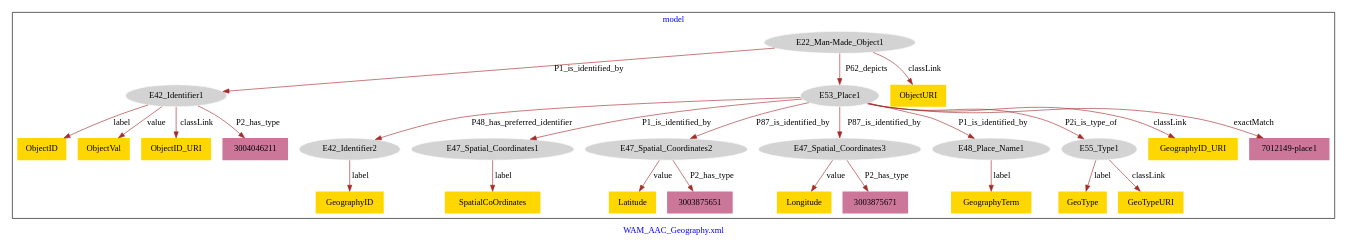
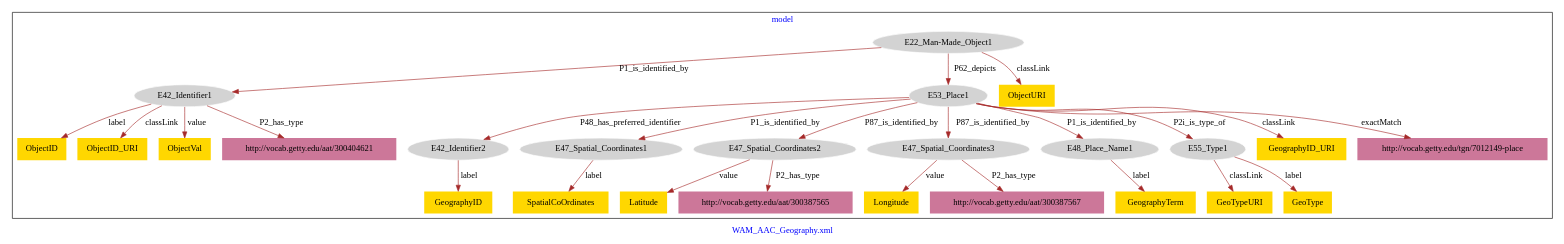
One commit to american-art/wam changed the diagram in WAM_AAC_Geography/WAM_AAC_Geography_PlaceDepicted-model.dot. Above: the diagram before and after it, drawn with Graphviz.

Commit message:
Update file WAM_AAC_Geography_PlaceDepicted-model.dot

```diff
--- a/WAM_AAC_Geography/WAM_AAC_Geography_PlaceDepicted-model.dot
+++ b/WAM_AAC_Geography/WAM_AAC_Geography_PlaceDepicted-model.dot
@@ -1,57 +1,57 @@
 digraph n0 {
 fontcolor="blue"
 remincross="true"
 label="WAM_AAC_Geography.xml"
 subgraph cluster {
 label="model"
 n2[style="filled",color="white",fillcolor="lightgray",label="E22_Man-Made_Object1"];
 n3[style="filled",color="white",fillcolor="lightgray",label="E42_Identifier1"];
 n4[style="filled",color="white",fillcolor="lightgray",label="E53_Place1"];
 n5[style="filled",color="white",fillcolor="lightgray",label="E42_Identifier2"];
 n6[style="filled",color="white",fillcolor="lightgray",label="E47_Spatial_Coordinates1"];
 n7[style="filled",color="white",fillcolor="lightgray",label="E47_Spatial_Coordinates2"];
 n8[style="filled",color="white",fillcolor="lightgray",label="E47_Spatial_Coordinates3"];
 n9[style="filled",color="white",fillcolor="lightgray",label="E48_Place_Name1"];
 n10[style="filled",color="white",fillcolor="lightgray",label="E55_Type1"];
-n11[shape="plaintext",style="filled",fillcolor="gold",label="GeoType"];
-n12[shape="plaintext",style="filled",fillcolor="gold",label="GeographyID_URI"];
+n11[shape="plaintext",style="filled",fillcolor="gold",label="SpatialCoOrdinates"];
+n12[shape="plaintext",style="filled",fillcolor="gold",label="ObjectURI"];
 n13[shape="plaintext",style="filled",fillcolor="gold",label="ObjectID"];
-n14[shape="plaintext",style="filled",fillcolor="gold",label="GeographyTerm"];
-n15[shape="plaintext",style="filled",fillcolor="gold",label="GeographyID"];
-n16[shape="plaintext",style="filled",fillcolor="gold",label="Longitude"];
-n17[shape="plaintext",style="filled",fillcolor="gold",label="GeoTypeURI"];
-n18[shape="plaintext",style="filled",fillcolor="gold",label="SpatialCoOrdinates"];
-n19[shape="plaintext",style="filled",fillcolor="gold",label="Latitude"];
-n20[shape="plaintext",style="filled",fillcolor="gold",label="ObjectURI"];
-n21[shape="plaintext",style="filled",fillcolor="gold",label="ObjectVal"];
-n22[shape="plaintext",style="filled",fillcolor="gold",label="ObjectID_URI"];
-n23[shape="plaintext",style="filled",fillcolor="#CC7799",label="7012149-place1"];
-n24[shape="plaintext",style="filled",fillcolor="#CC7799",label="3004046211"];
-n25[shape="plaintext",style="filled",fillcolor="#CC7799",label="3003875651"];
-n26[shape="plaintext",style="filled",fillcolor="#CC7799",label="3003875671"];
+n14[shape="plaintext",style="filled",fillcolor="gold",label="Longitude"];
+n15[shape="plaintext",style="filled",fillcolor="gold",label="GeoTypeURI"];
+n16[shape="plaintext",style="filled",fillcolor="gold",label="GeoType"];
+n17[shape="plaintext",style="filled",fillcolor="gold",label="ObjectID_URI"];
+n18[shape="plaintext",style="filled",fillcolor="gold",label="GeographyID"];
+n19[shape="plaintext",style="filled",fillcolor="gold",label="GeographyTerm"];
+n20[shape="plaintext",style="filled",fillcolor="gold",label="GeographyID_URI"];
+n21[shape="plaintext",style="filled",fillcolor="gold",label="Latitude"];
+n22[shape="plaintext",style="filled",fillcolor="gold",label="ObjectVal"];
+n23[shape="plaintext",style="filled",fillcolor="#CC7799",label="http://vocab.getty.edu/tgn/7012149-place"];
+n24[shape="plaintext",style="filled",fillcolor="#CC7799",label="http://vocab.getty.edu/aat/300404621"];
+n25[shape="plaintext",style="filled",fillcolor="#CC7799",label="http://vocab.getty.edu/aat/300387565"];
+n26[shape="plaintext",style="filled",fillcolor="#CC7799",label="http://vocab.getty.edu/aat/300387567"];
 }
 n2 -> n3[color="brown",fontcolor="black",label="P1_is_identified_by"]
 n2 -> n4[color="brown",fontcolor="black",label="P62_depicts"]
 n4 -> n5[color="brown",fontcolor="black",label="P48_has_preferred_identifier"]
 n4 -> n6[color="brown",fontcolor="black",label="P1_is_identified_by"]
 n4 -> n7[color="brown",fontcolor="black",label="P87_is_identified_by"]
 n4 -> n8[color="brown",fontcolor="black",label="P87_is_identified_by"]
 n4 -> n9[color="brown",fontcolor="black",label="P1_is_identified_by"]
 n4 -> n10[color="brown",fontcolor="black",label="P2i_is_type_of"]
-n10 -> n11[color="brown",fontcolor="black",label="label"]
-n4 -> n12[color="brown",fontcolor="black",label="classLink"]
+n6 -> n11[color="brown",fontcolor="black",label="label"]
+n2 -> n12[color="brown",fontcolor="black",label="classLink"]
 n3 -> n13[color="brown",fontcolor="black",label="label"]
-n9 -> n14[color="brown",fontcolor="black",label="label"]
-n5 -> n15[color="brown",fontcolor="black",label="label"]
-n8 -> n16[color="brown",fontcolor="black",label="value"]
-n10 -> n17[color="brown",fontcolor="black",label="classLink"]
-n6 -> n18[color="brown",fontcolor="black",label="label"]
-n7 -> n19[color="brown",fontcolor="black",label="value"]
-n2 -> n20[color="brown",fontcolor="black",label="classLink"]
-n3 -> n21[color="brown",fontcolor="black",label="value"]
-n3 -> n22[color="brown",fontcolor="black",label="classLink"]
+n8 -> n14[color="brown",fontcolor="black",label="value"]
+n10 -> n15[color="brown",fontcolor="black",label="classLink"]
+n10 -> n16[color="brown",fontcolor="black",label="label"]
+n3 -> n17[color="brown",fontcolor="black",label="classLink"]
+n5 -> n18[color="brown",fontcolor="black",label="label"]
+n9 -> n19[color="brown",fontcolor="black",label="label"]
+n4 -> n20[color="brown",fontcolor="black",label="classLink"]
+n7 -> n21[color="brown",fontcolor="black",label="value"]
+n3 -> n22[color="brown",fontcolor="black",label="value"]
 n4 -> n23[color="brown",fontcolor="black",label="exactMatch"]
 n3 -> n24[color="brown",fontcolor="black",label="P2_has_type"]
 n7 -> n25[color="brown",fontcolor="black",label="P2_has_type"]
 n8 -> n26[color="brown",fontcolor="black",label="P2_has_type"]
 }
```
